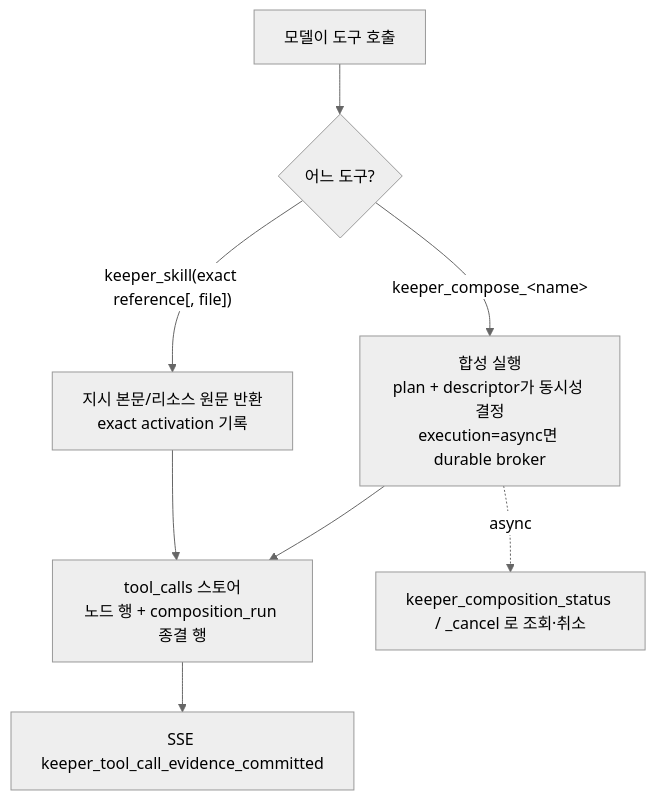
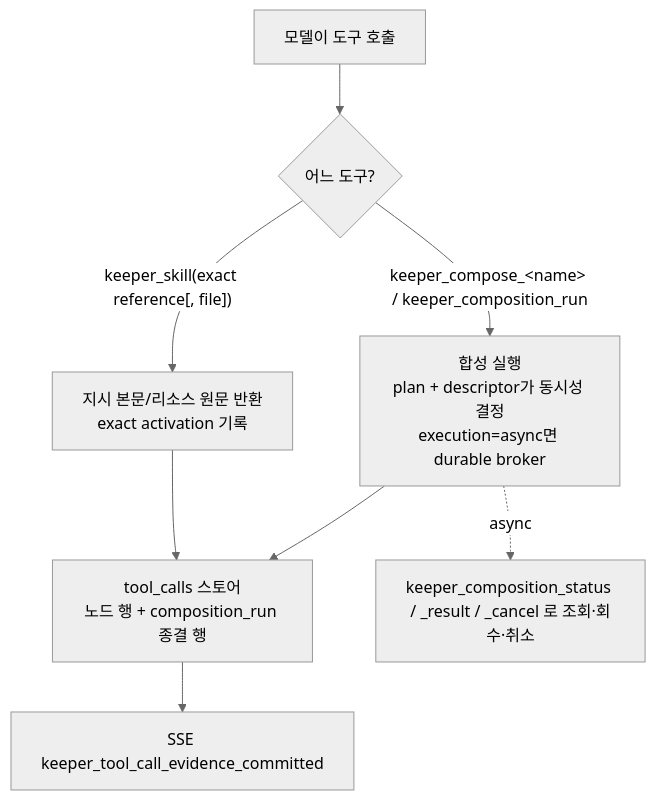
The fourth of 4 diagrams in docs/SKILLS-FLOW.md (jeong-sik/masc), drawn with Mermaid (neutral theme) before and after one commit. The commit also changed other lines of this file and 158 other files, not shown here.

````diff
--- a/docs/SKILLS-FLOW.md
+++ b/docs/SKILLS-FLOW.md
@@ -839,10 +221,10 @@
 ```mermaid
 flowchart TD
   M["모델이 도구 호출"] --> K{"어느 도구?"}
-  K -->|"keeper_compose_&lt;name&gt;"| CR["합성 실행<br/>plan + descriptor가 동시성 결정<br/>execution=async면 durable broker"]
+  K -->|"keeper_compose_&lt;name&gt; / keeper_composition_run"| CR["합성 실행<br/>plan + descriptor가 동시성 결정<br/>execution=async면 durable broker"]
   K -->|"keeper_skill(exact reference[, file])"| IR["지시 본문/리소스 원문 반환<br/>exact activation 기록"]
   CR --> EV["tool_calls 스토어<br/>노드 행 + composition_run 종결 행"]
   IR --> EV
   EV --> SSE["SSE keeper_tool_call_evidence_committed"]
-  CR -.->|"async"| ST["keeper_composition_status / _cancel 로 조회·취소"]
+  CR -.->|"async"| ST["keeper_composition_status / _result / _cancel 로 조회·회수·취소"]
 ```
````
